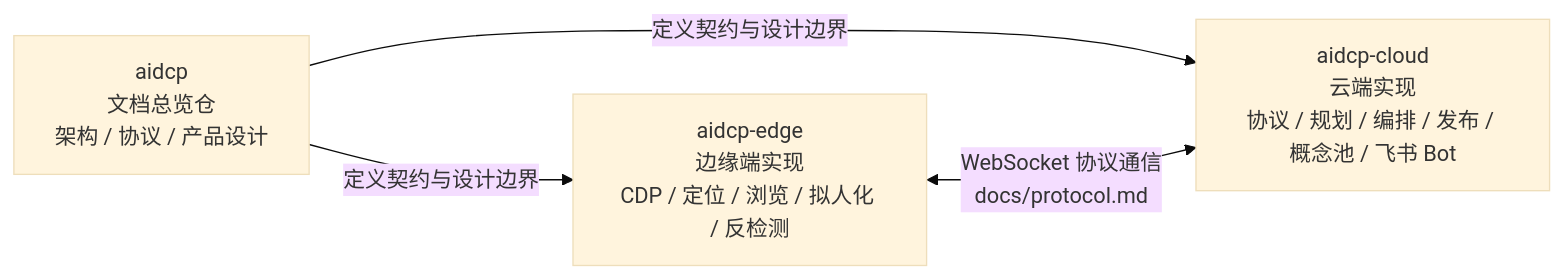
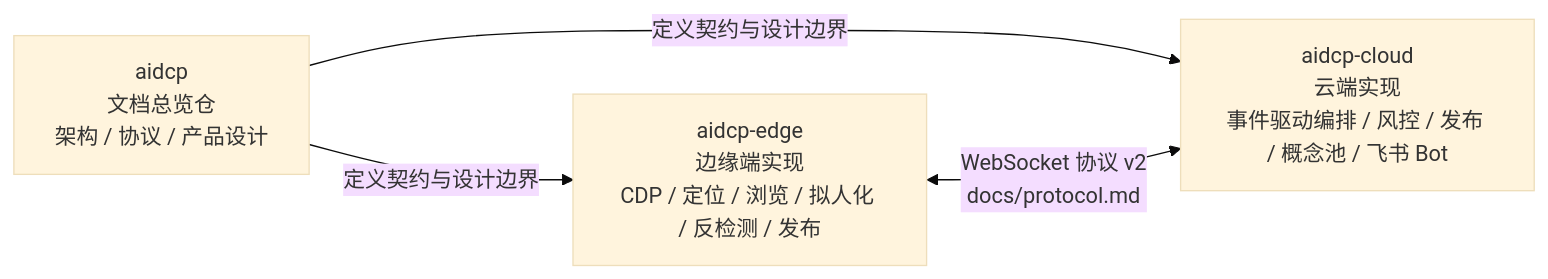
The diagram in docs/projects-and-progress.md (tommax-bai/aidcp), drawn with Mermaid (base theme) before and after one commit. The commit also changed other lines of this file and 8 other files, not shown here.

First line of the commit message:
docs: 对齐 edge/cloud 重构 — 事件驱动多 Agent、协议 v2、风控/飞书已实装

````diff
--- a/docs/projects-and-progress.md
+++ b/docs/projects-and-progress.md
@@ -27,6 +36,6 @@
 ```mermaid
 flowchart LR
-    A[aidcp<br/>文档总览仓<br/>架构 / 协议 / 产品设计] -->|定义契约与设计边界| B[aidcp-edge<br/>边缘端实现<br/>CDP / 定位 / 浏览 / 拟人化 / 反检测]
-    A -->|定义契约与设计边界| C[aidcp-cloud<br/>云端实现<br/>协议 / 规划 / 编排 / 发布 / 概念池 / 飞书 Bot]
-    B <-->|WebSocket 协议通信<br/>docs/protocol.md| C
+    A[aidcp<br/>文档总览仓<br/>架构 / 协议 / 产品设计] -->|定义契约与设计边界| B[aidcp-edge<br/>边缘端实现<br/>CDP / 定位 / 浏览 / 拟人化 / 反检测 / 发布]
+    A -->|定义契约与设计边界| C[aidcp-cloud<br/>云端实现<br/>事件驱动编排 / 风控 / 发布 / 概念池 / 飞书 Bot]
+    B <-->|WebSocket 协议 v2<br/>docs/protocol.md| C
 ```
````
